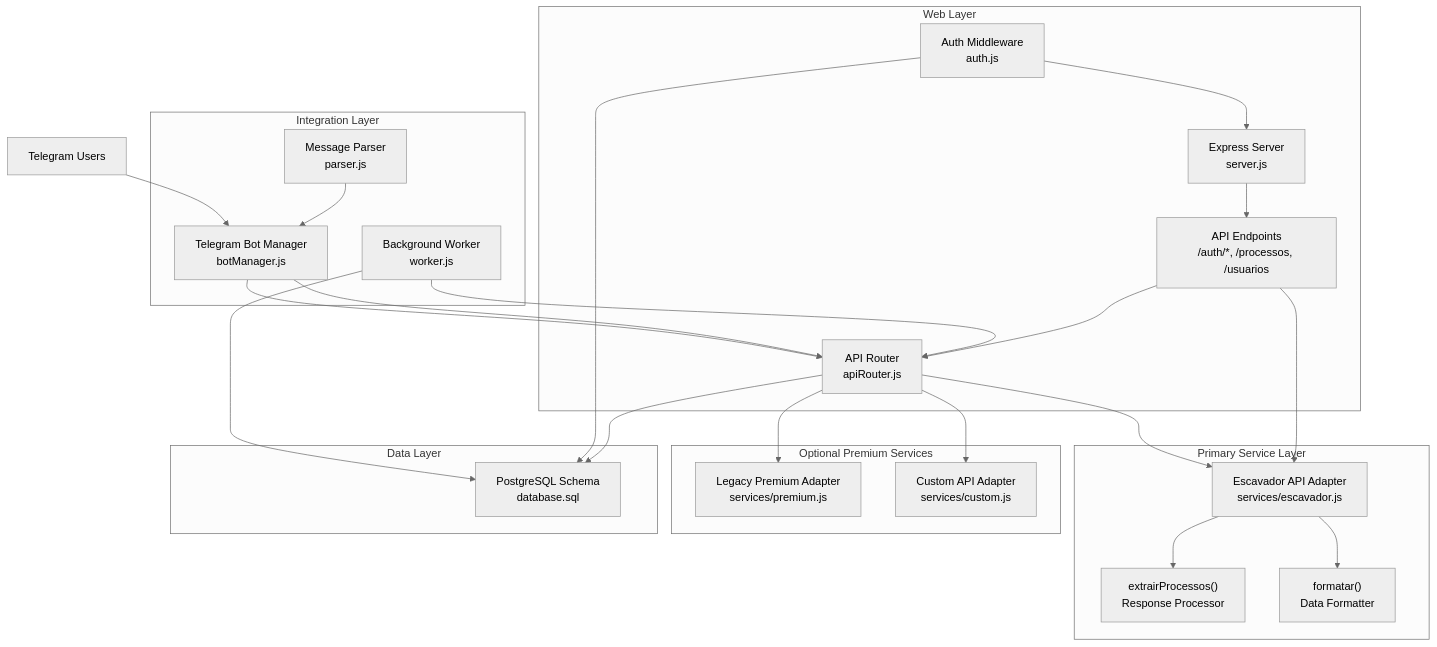
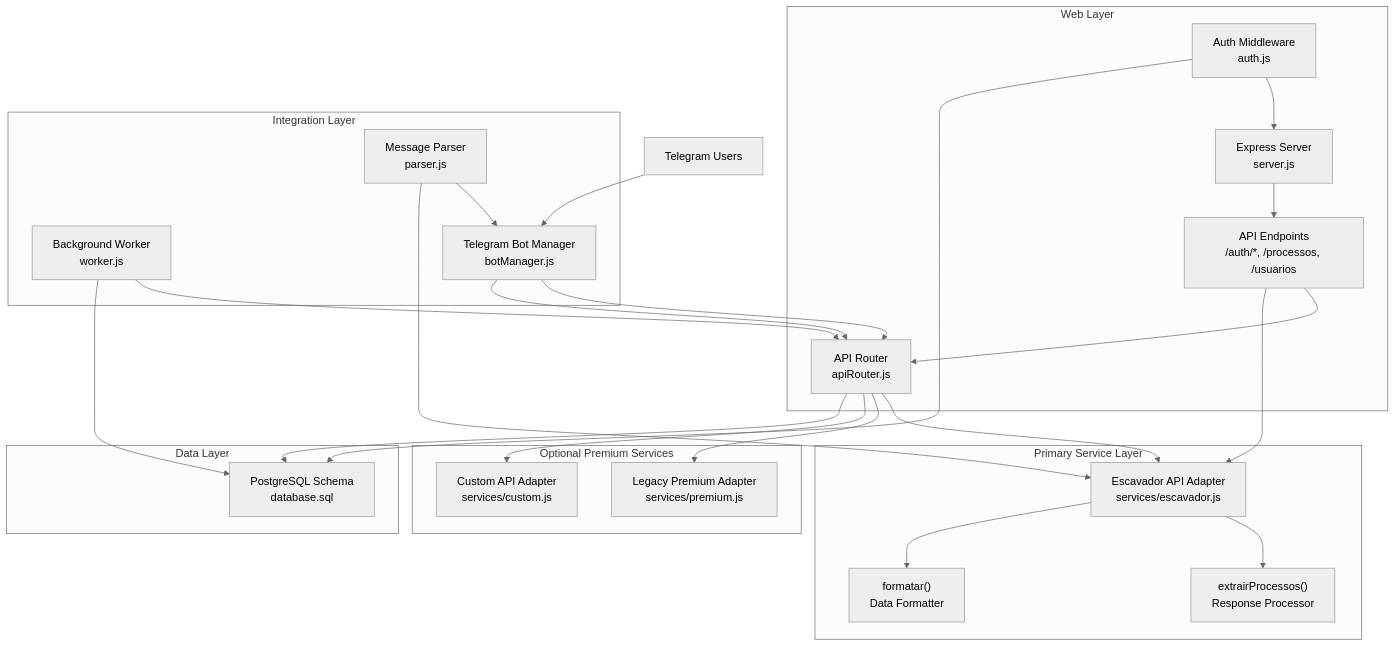
The first of 13 diagrams in .qoder/repowiki/en/content/API Integration Layer/API Integration Layer.md (Alexandrexicara/bot-processos), drawn with Mermaid (neutral theme) before and after one commit. The commit also changed other lines of this file and 5 other files, not shown here.

````diff
--- a/.qoder/repowiki/en/content/API Integration Layer/API Integration Layer.md
+++ b/.qoder/repowiki/en/content/API Integration Layer/API Integration Layer.md
@@ -56,41 +55,42 @@
 ```mermaid
 graph TB
 subgraph "Web Layer"
 API["API Router<br/>apiRouter.js"]
 AUTH["Auth Middleware<br/>auth.js"]
 SERVER["Express Server<br/>server.js"]
 ENDPOINT["API Endpoints<br/>/auth/*, /processos, /usuarios"]
 ENDPOINT --> API
 AUTH --> SERVER
 SERVER --> ENDPOINT
 end
 subgraph "Primary Service Layer"
 ESCAVADOR["Escavador API Adapter<br/>services/escavador.js"]
 ESCAVADOR --> EXTRACT["extrairProcessos()<br/>Response Processor"]
 ESCAVADOR --> FORMAT["formatar()<br/>Data Formatter"]
 end
 subgraph "Optional Premium Services"
 PREMIUM["Legacy Premium Adapter<br/>services/premium.js"]
 CUSTOM["Custom API Adapter<br/>services/custom.js"]
 end
 subgraph "Integration Layer"
 WORKER["Background Worker<br/>worker.js"]
 BOT["Telegram Bot Manager<br/>botManager.js"]
 PARSER["Message Parser<br/>parser.js"]
 ENDPOINT --> ESCAVADOR
 API --> ESCAVADOR
 API --> PREMIUM
 API --> CUSTOM
 WORKER --> API
 BOT --> API
 PARSER --> BOT
+PARSER --> ESCAVADOR
 end
 subgraph "Data Layer"
 DB["PostgreSQL Schema<br/>database.sql"]
 end
 CLIENT["Telegram Users"] --> BOT
 BOT --> API
 API --> DB
 AUTH --> DB
 WORKER --> DB
 ```
````
